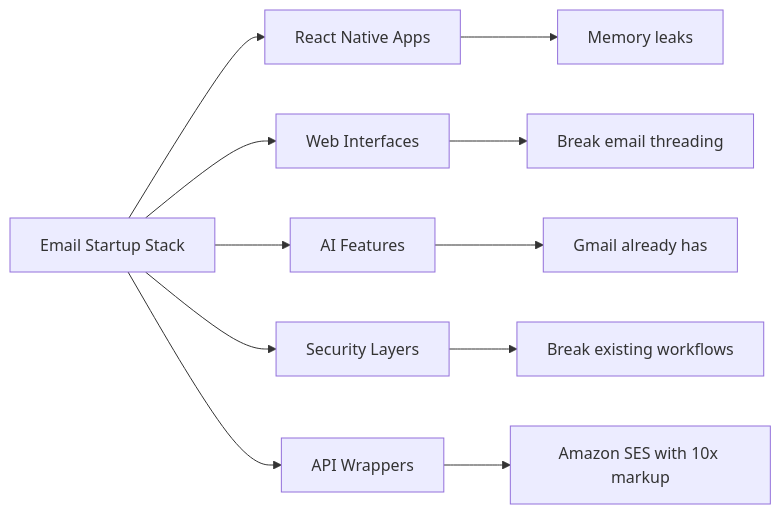
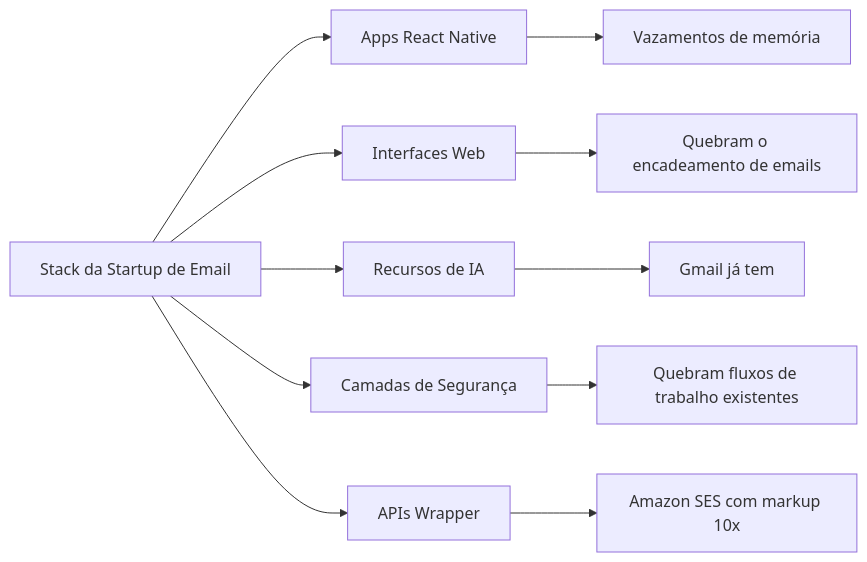
Before and after one commit to forwardemail/forwardemail.net: the second of 10 diagrams in app/views/docs/email-startup-graveyard-why-80-percent-email-companies-fail/index-pt.md, drawn with Mermaid. The commit also changed other lines of this file and 1055 other files, not shown here.

````diff
--- a/app/views/docs/email-startup-graveyard-why-80-percent-email-companies-fail/index-pt.md
+++ b/app/views/docs/email-startup-graveyard-why-80-percent-email-companies-fail/index-pt.md
@@ -144,14 +143,14 @@
 ```mermaid
 graph LR
-    A[Email Startup Stack] --> B[React Native Apps]
-    A --> C[Web Interfaces]
-    A --> D[AI Features]
-    A --> E[Security Layers]
-    A --> F[API Wrappers]
+    A[Stack da Startup de Email] --> B[Apps React Native]
+    A --> C[Interfaces Web]
+    A --> D[Recursos de IA]
+    A --> E[Camadas de Segurança]
+    A --> F[APIs Wrapper]
 
-    B --> G[Memory leaks]
-    C --> H[Break email threading]
-    D --> I[Gmail already has]
-    E --> J[Break existing workflows]
-    F --> K[Amazon SES with 10x markup]
+    B --> G[Vazamentos de memória]
+    C --> H[Quebram o encadeamento de emails]
+    D --> I[Gmail já tem]
+    E --> J[Quebram fluxos de trabalho existentes]
+    F --> K[Amazon SES com markup 10x]
 ```
````
